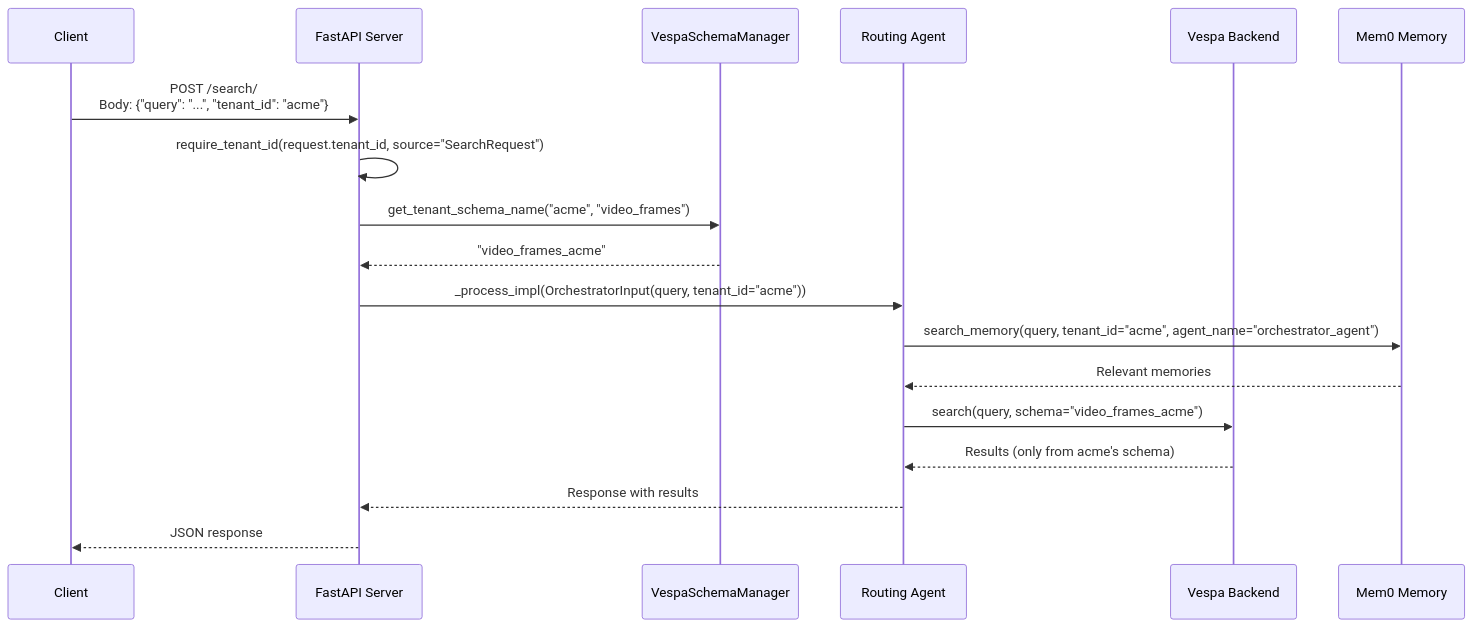
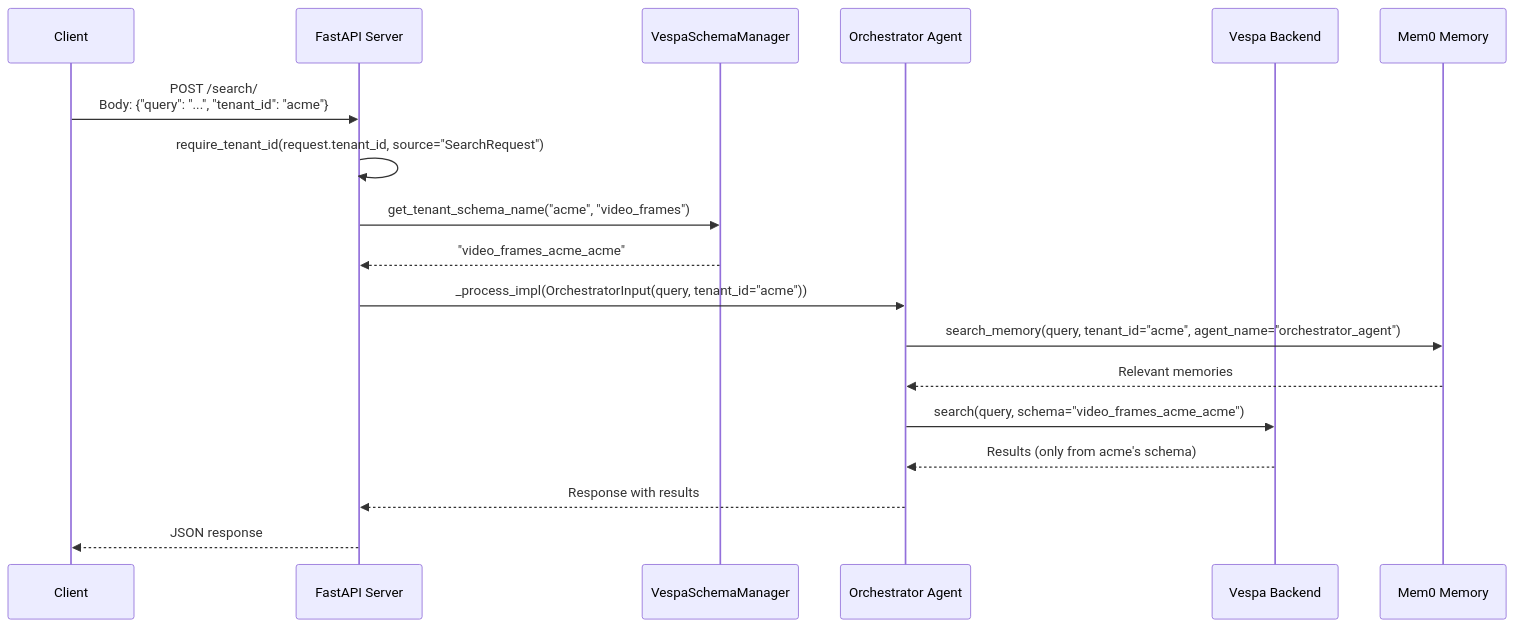
Before and after one commit to amit-jain/cogniverse: the second of 7 diagrams in docs/architecture/multi-tenant.md, drawn with Mermaid. The commit also changed other lines of this file and 50 other files, not shown here.

First line of the commit message:
Complete and verify docs against code with mermaid palette

````diff
--- a/docs/architecture/multi-tenant.md
+++ b/docs/architecture/multi-tenant.md
@@ -569,22 +619,22 @@
 ```mermaid
 sequenceDiagram
     participant Client
     participant API as FastAPI Server
     participant SchemaManager as VespaSchemaManager
-    participant Agent as Routing Agent
+    participant Agent as Orchestrator Agent
     participant Vespa as Vespa Backend
     participant Memory as Mem0 Memory
 
     Client->>API: POST /search/<br/>Body: {"query": "...", "tenant_id": "acme"}
     API->>API: require_tenant_id(request.tenant_id, source="SearchRequest")
     API->>SchemaManager: get_tenant_schema_name("acme", "video_frames")
-    SchemaManager-->>API: "video_frames_acme"
+    SchemaManager-->>API: "video_frames_acme_acme"
 
     API->>Agent: _process_impl(OrchestratorInput(query, tenant_id="acme"))
     Agent->>Memory: search_memory(query, tenant_id="acme", agent_name="orchestrator_agent")
     Memory-->>Agent: Relevant memories
-    Agent->>Vespa: search(query, schema="video_frames_acme")
+    Agent->>Vespa: search(query, schema="video_frames_acme_acme")
     Vespa-->>Agent: Results (only from acme's schema)
     Agent-->>API: Response with results
     API-->>Client: JSON response
 ```
````
